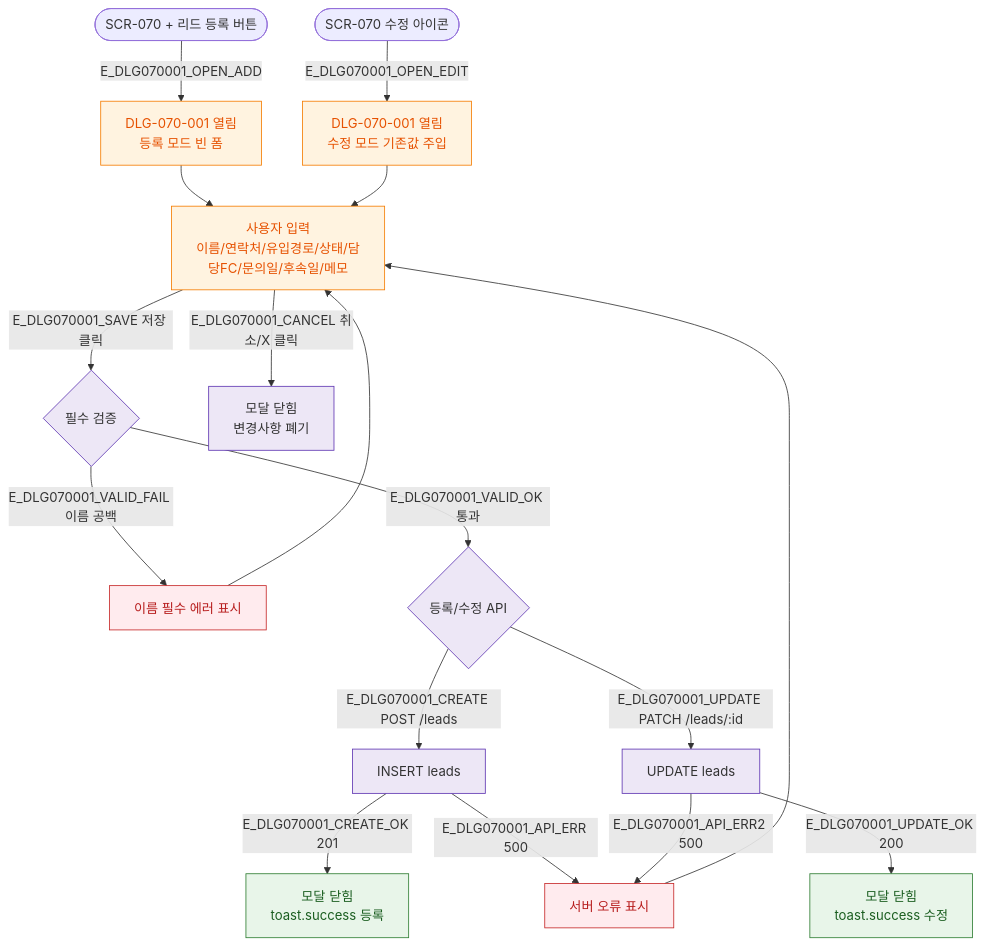
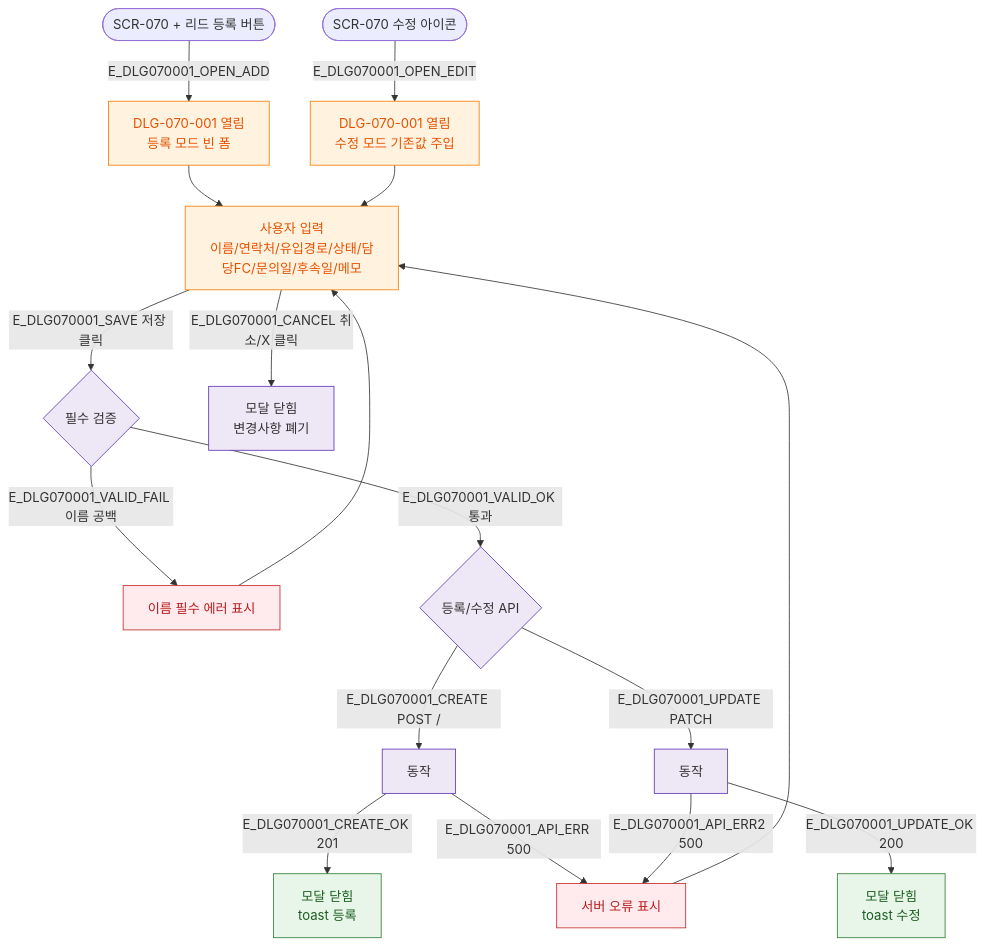
Before and after one commit to dev-spogym/admin-pando: the diagram in docs/다이어그램/D08_마케팅/DLG/DLG-070-001_리드등록수정/M1_생명주기.md, drawn with Mermaid. The commit also changed other lines of this file and 1660 other files, not shown here.

First line of the commit message:
다이어그램: 기획자/클라이언트 납품본으로 정리

````diff
--- a/docs/다이어그램/D08_마케팅/DLG/DLG-070-001_리드등록수정/M1_생명주기.md
+++ b/docs/다이어그램/D08_마케팅/DLG/DLG-070-001_리드등록수정/M1_생명주기.md
@@ -18,35 +16,35 @@
 ```mermaid
 flowchart TD
-  TRIGGER_ADD([SCR-070 + 리드 등록 버튼]) -->|E_DLG070001_OPEN_ADD| MODAL_OPEN[DLG-070-001 열림\n등록 모드 빈 폼]
-  TRIGGER_EDIT([SCR-070 수정 아이콘]) -->|E_DLG070001_OPEN_EDIT| MODAL_OPEN_EDIT[DLG-070-001 열림\n수정 모드 기존값 주입]
+  TRIGGER_ADD([SCR-070 + 리드 등록 버튼]) -->|E_DLG070001_OPEN_ADD|MODAL_OPEN[DLG-070-001 열림\n등록 모드 빈 폼]
+  TRIGGER_EDIT([SCR-070 수정 아이콘]) -->|E_DLG070001_OPEN_EDIT|MODAL_OPEN_EDIT[DLG-070-001 열림\n수정 모드 기존값 주입]
 
   MODAL_OPEN --> INPUT[사용자 입력\n이름/연락처/유입경로/상태/담당FC/문의일/후속일/메모]
   MODAL_OPEN_EDIT --> INPUT
 
-  INPUT -->|E_DLG070001_SAVE 저장 클릭| VALID{필수 검증}
-  INPUT -->|E_DLG070001_CANCEL 취소/X 클릭| CLOSE_CANCEL[모달 닫힘\n변경사항 폐기]
+  INPUT -->|E_DLG070001_SAVE 저장 클릭|VALID{필수 검증}
+  INPUT -->|E_DLG070001_CANCEL 취소/X 클릭|CLOSE_CANCEL[모달 닫힘\n변경사항 폐기]
 
-  VALID -->|E_DLG070001_VALID_FAIL 이름 공백| ERR_NAME[이름 필수 에러 표시]
-  VALID -->|E_DLG070001_VALID_OK 통과| API_CALL{등록/수정 API}
+  VALID -->|E_DLG070001_VALID_FAIL 이름 공백|ERR_NAME[이름 필수 에러 표시]
+  VALID -->|E_DLG070001_VALID_OK 통과|API_CALL{등록/수정 API}
 
-  API_CALL -->|E_DLG070001_CREATE POST /leads| CREATE_OK[INSERT leads]
-  API_CALL -->|"E_DLG070001_UPDATE PATCH /leads/:id"| UPDATE_OK[UPDATE leads]
+  API_CALL -->|E_DLG070001_CREATE POST /|CREATE_OK[동작]
+  API_CALL -->|"E_DLG070001_UPDATE PATCH "|UPDATE_OK[동작]
 
-  CREATE_OK -->|E_DLG070001_CREATE_OK 201| CLOSE_SUCCESS[모달 닫힘\ntoast.success 등록]
-  UPDATE_OK -->|E_DLG070001_UPDATE_OK 200| CLOSE_EDIT[모달 닫힘\ntoast.success 수정]
-  CREATE_OK -->|E_DLG070001_API_ERR 500| ERR_API[서버 오류 표시]
-  UPDATE_OK -->|E_DLG070001_API_ERR2 500| ERR_API
+  CREATE_OK -->|E_DLG070001_CREATE_OK 201|CLOSE_SUCCESS[모달 닫힘\ntoast 등록]
+  UPDATE_OK -->|E_DLG070001_UPDATE_OK 200|CLOSE_EDIT[모달 닫힘\ntoast 수정]
+  CREATE_OK -->|E_DLG070001_API_ERR 500|ERR_API[서버 오류 표시]
+  UPDATE_OK -->|E_DLG070001_API_ERR2 500|ERR_API
 
   ERR_NAME --> INPUT
   ERR_API --> INPUT
 
-  classDef modal       fill:#FFF3E0,stroke:#F57C00,color:#E65100
-  classDef success     fill:#E8F5E9,stroke:#2E7D32,color:#1B5E20
-  classDef error       fill:#FFEBEE,stroke:#C62828,color:#B71C1C
-  classDef system      fill:#EDE7F6,stroke:#5E35B2
+  classDef modal fill:#FFF3E0,stroke:#F57C00,color:#E65100
+  classDef success fill:#E8F5E9,stroke:#2E7D32,color:#1B5E20
+  classDef error fill:#FFEBEE,stroke:#C62828,color:#B71C1C
+  classDef system fill:#EDE7F6,stroke:#5E35B2
 
   class MODAL_OPEN,MODAL_OPEN_EDIT,INPUT modal
   class CLOSE_SUCCESS,CLOSE_EDIT success
   class ERR_NAME,ERR_API error
   class VALID,API_CALL,CREATE_OK,UPDATE_OK,CLOSE_CANCEL system
 ```
````
